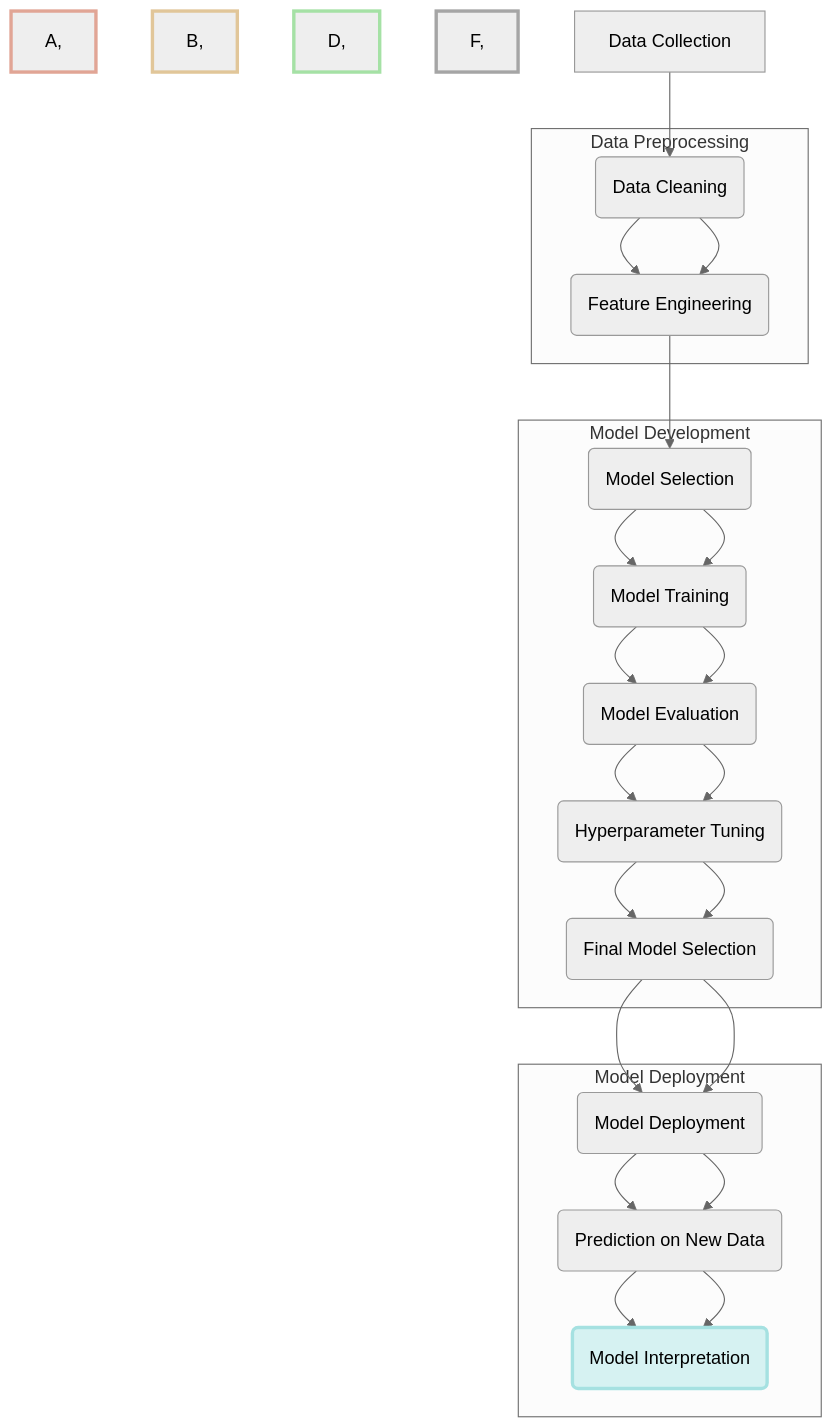
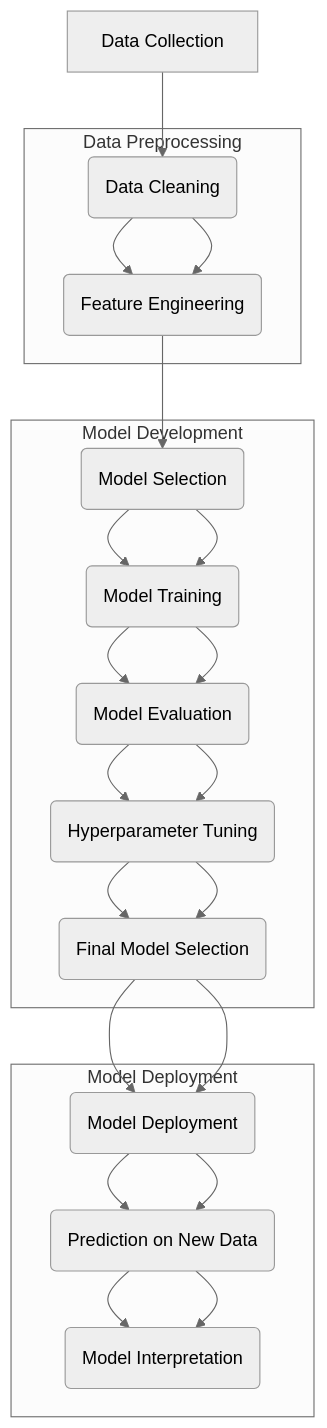
The diagram in README.md (gigDevelopment10/NanoGrad), drawn with Mermaid (neutral theme) before and after one commit.

````diff
--- a/README.md
+++ b/README.md
@@ -21,41 +21,34 @@
 ```mermaid
 graph TD
-
-
-style A, J fill:#f2d6c3,stroke:#e1a595,stroke-width:3px;
-style B, C, G fill:#f9eed6,stroke:#e1c699,stroke-width:3px;
-style D, E, H fill:#d6f2c2,stroke:#a5e1a5,stroke-width:3px;
-style F, I fill:#d6d6d6,stroke:#a5a5a5,stroke-width:3px;
-style K fill:#d6f2f2,stroke:#a5e1e1,stroke-width:3px;
 
 A[Data Collection] --> B[Data Cleaning]
 B --> C[Feature Engineering]
 C --> D[Model Selection]
 D --> E[Model Training]
 E --> F[Model Evaluation]
 F --> G[Hyperparameter Tuning]
 G --> H[Final Model Selection]
 H --> I[Model Deployment]
 I --> J[Prediction on New Data]
 J --> K[Model Interpretation]
 
 
 subgraph Data Preprocessing
 B(Data Cleaning) --> C(Feature Engineering)
 end
 
 subgraph Model Development
 D(Model Selection) --> E(Model Training)
 E --> F(Model Evaluation)
 F --> G(Hyperparameter Tuning)
 G --> H(Final Model Selection)
 end
 
 subgraph Model Deployment
 H --> I(Model Deployment)
 I --> J(Prediction on New Data)
 J --> K(Model Interpretation)
 end
 
 
 ```
````
